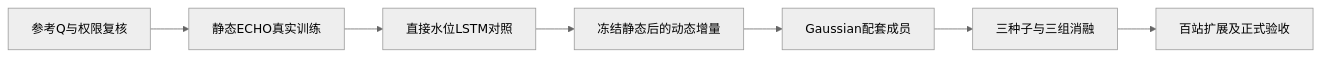
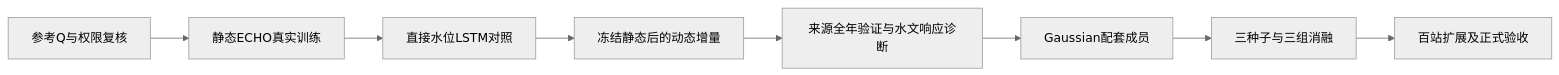
The diagram in 00_项目说明/后续执行与验收清单.md (ding-ni/ECHO), drawn with Mermaid (neutral theme) before and after one commit. The commit also changed other lines of this file and 11 other files, not shown here.

````diff
--- a/00_项目说明/后续执行与验收清单.md
+++ b/00_项目说明/后续执行与验收清单.md
@@ -23,11 +24,12 @@
 ```mermaid
 flowchart LR
     accTitle: 第一阶段接续运行顺序
     accDescr: 先核验参考流量，再完成静态和直接基线，然后接续动态与概率模型，最后扩大规模并进行正式验收。
     audit["参考Q与权限复核"] --> static["静态ECHO真实训练"]
     static --> direct["直接水位LSTM对照"]
     direct --> dynamic["冻结静态后的动态增量"]
-    dynamic --> gaussian["Gaussian配套成员"]
+    dynamic --> diagnose["来源全年验证与水文响应诊断"]
+    diagnose --> gaussian["Gaussian配套成员"]
     gaussian --> ablations["三种子与三组消融"]
     ablations --> scale["百站扩展及正式验收"]
 ```
````
